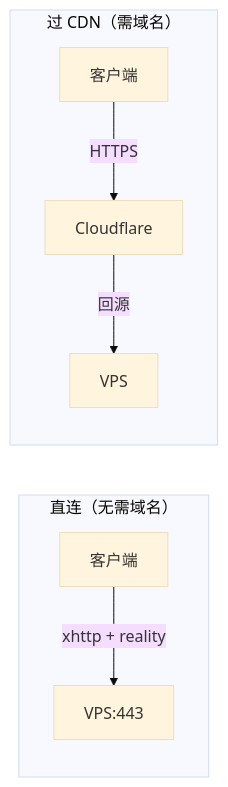
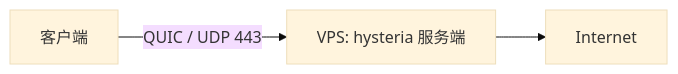
Before and after one commit to DamienZCollins/Personal-Proxy: the third of 3 diagrams in README.md, drawn with Mermaid (base theme). The commit also changed other lines of this file and 4 other files, not shown here.

First line of the commit message:
refactor: 删除 XHTTP，收敛为 VLESS 与 Hysteria2 两个协议

````diff
--- a/README.md
+++ b/README.md
@@ -86,10 +82,5 @@
 ```mermaid
 flowchart LR
-    subgraph A["直连（无需域名）"]
-        C1[客户端] -->|"xhttp + reality"| S1["VPS:443"]
-    end
-    subgraph B["过 CDN（需域名）"]
-        C2[客户端] -->|HTTPS| CDN["Cloudflare"]
-        CDN -->|回源| S2["VPS"]
-    end
+    C[客户端] -->|"QUIC / UDP 443"| S["VPS: hysteria 服务端"]
+    S --> I[Internet]
 ```
````
